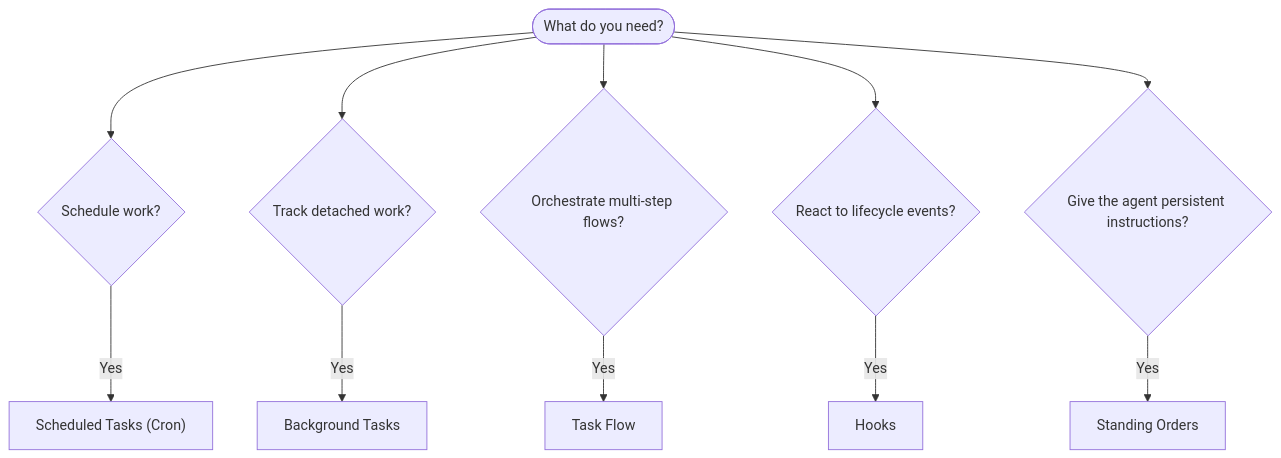
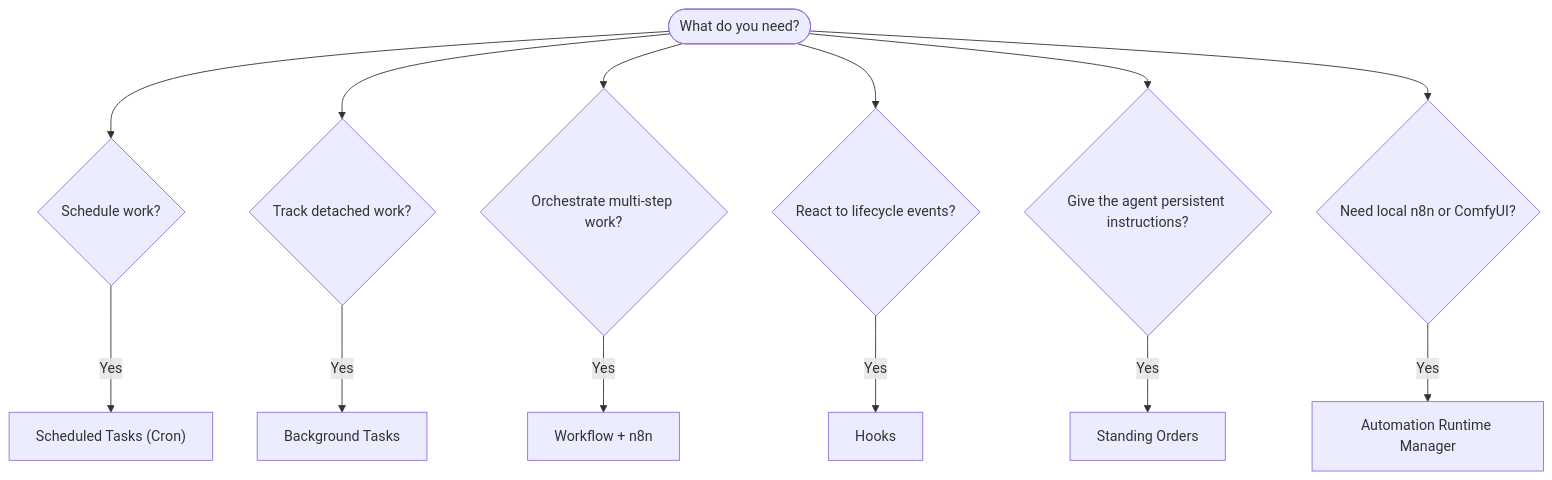
One commit to qianleigood/crawclaw changed the diagram in docs/automation/index.md. Above: the diagram before and after it, drawn with Mermaid. The commit also changed other lines of this file and 49 other files, not shown here.

Commit message:
Desktop: add automation runtime manager

````diff
--- a/docs/automation/index.md
+++ b/docs/automation/index.md
@@ -16,15 +19,17 @@
 ```mermaid
 flowchart TD
     START([What do you need?]) --> Q1{Schedule work?}
     START --> Q2{Track detached work?}
-    START --> Q3{Orchestrate multi-step flows?}
+    START --> Q3{Orchestrate multi-step work?}
     START --> Q4{React to lifecycle events?}
     START --> Q5{Give the agent persistent instructions?}
+    START --> Q6{Need local n8n or ComfyUI?}
 
     Q1 -->|Yes| CRON["Scheduled Tasks (Cron)"]
 
     Q2 -->|Yes| TASKS[Background Tasks]
-    Q3 -->|Yes| FLOW[Task Flow]
+    Q3 -->|Yes| FLOW[Workflow + n8n]
     Q4 -->|Yes| HOOKS[Hooks]
     Q5 -->|Yes| SO[Standing Orders]
+    Q6 -->|Yes| RUNTIME[Automation Runtime Manager]
 ```
````
